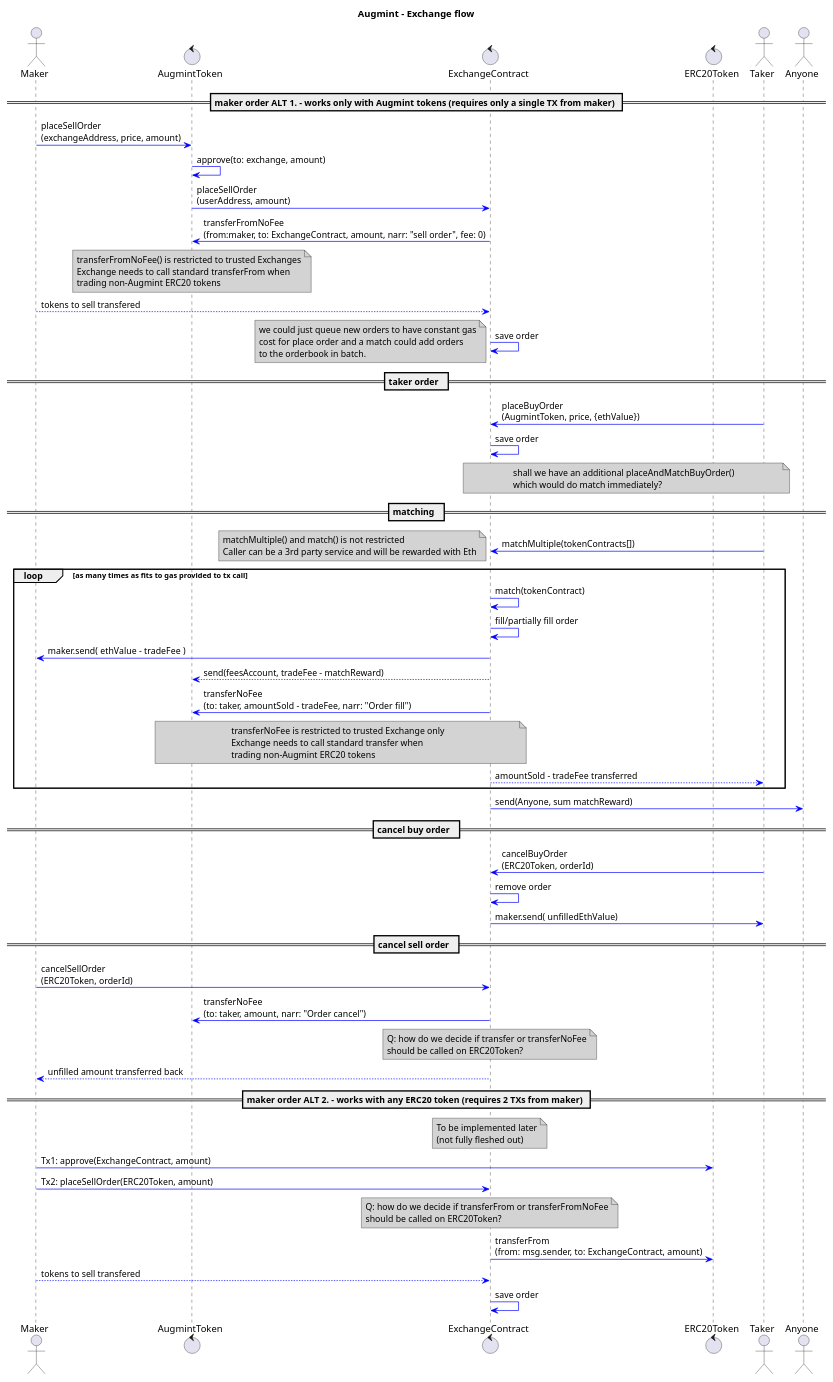
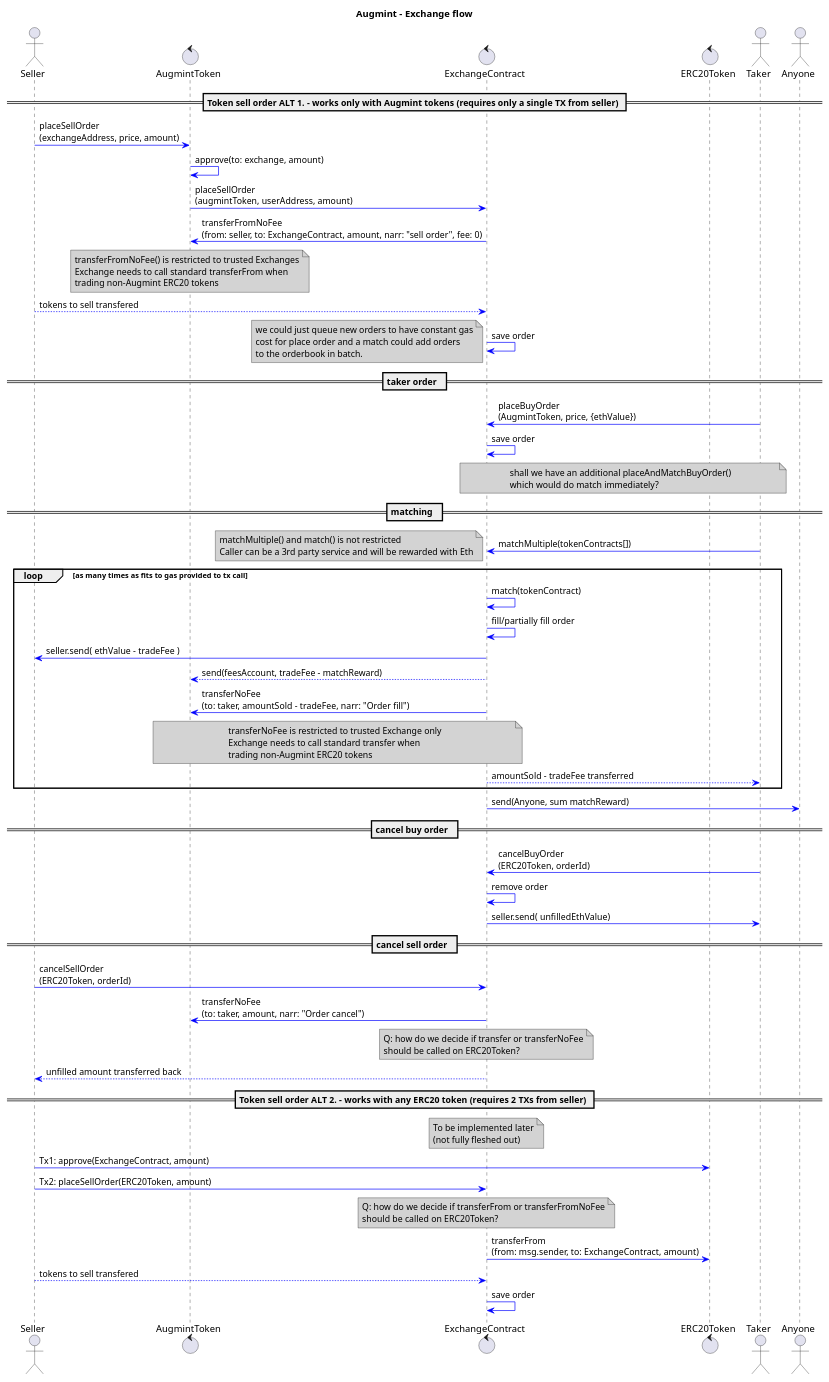
Before and after one commit to Augmint/augmint-web: the diagram in docs/exchangeFlow.plantuml, drawn with PlantUML. The commit also changed 3 other files, not shown here.

Commit message:
sequence diagram updates

```diff
--- a/docs/exchangeFlow.plantuml
+++ b/docs/exchangeFlow.plantuml
@@ -1,82 +1,82 @@
 @startuml
 title **Augmint** - Exchange flow
 skinparam ArrowColor #blue
 skinparam noteBackgroundColor #lightgrey
-actor Maker
+actor Seller
 control AugmintToken
 control ExchangeContract
 control ERC20Token
 actor Taker
 actor Anyone
-== maker order ALT 1. - works only with Augmint tokens (requires only a single TX from maker) ==
-Maker -> AugmintToken : placeSellOrder\n(exchangeAddress, price, amount)
+== Token sell order ALT 1. - works only with Augmint tokens (requires only a single TX from seller) ==
+Seller -> AugmintToken : placeSellOrder\n(exchangeAddress, price, amount)
 AugmintToken -> AugmintToken : approve(to: exchange, amount)
-AugmintToken -> ExchangeContract : placeSellOrder\n(userAddress, amount)
-ExchangeContract -> AugmintToken : transferFromNoFee\n(from:maker, to: ExchangeContract, amount, narr: "sell order", fee: 0)
+AugmintToken -> ExchangeContract : placeSellOrder\n(augmintToken, userAddress, amount)
+ExchangeContract -> AugmintToken : transferFromNoFee\n(from: seller, to: ExchangeContract, amount, narr: "sell order", fee: 0)
 note over AugmintToken
     transferFromNoFee() is restricted to trusted Exchanges
     Exchange needs to call standard transferFrom when
     trading non-Augmint ERC20 tokens
 end note
-Maker --> ExchangeContract : tokens to sell transfered
+Seller --> ExchangeContract : tokens to sell transfered
 ExchangeContract -> ExchangeContract : save order
 note left
     we could just queue new orders to have constant gas
     cost for place order and a match could add orders
     to the orderbook in batch.
 end note
 == taker order  ==
 Taker -> ExchangeContract : placeBuyOrder\n(AugmintToken, price, {ethValue})
 ExchangeContract -> ExchangeContract : save order
 note over ExchangeContract, Taker
     shall we have an additional placeAndMatchBuyOrder()
     which would do match immediately?
 end note
 == matching  ==
 Taker -> ExchangeContract : matchMultiple(tokenContracts[])
 note left
     matchMultiple() and match() is not restricted
     Caller can be a 3rd party service and will be rewarded with Eth
 end note
 loop as many times as fits to gas provided to tx call
     ExchangeContract -> ExchangeContract : match(tokenContract)
     ExchangeContract -> ExchangeContract : fill/partially fill order
-    ExchangeContract -> Maker : maker.send( ethValue - tradeFee )
+    ExchangeContract -> Seller : seller.send( ethValue - tradeFee )
     ExchangeContract --> AugmintToken : send(feesAccount, tradeFee - matchReward)
     ExchangeContract -> AugmintToken : transferNoFee\n(to: taker, amountSold - tradeFee, narr: "Order fill")
     note over AugmintToken, ExchangeContract
         transferNoFee is restricted to trusted Exchange only
         Exchange needs to call standard transfer when
         trading non-Augmint ERC20 tokens
     end note
     ExchangeContract --> Taker : amountSold - tradeFee transferred
 end
 ExchangeContract -> Anyone : send(Anyone, sum matchReward)
 == cancel buy order  ==
 Taker -> ExchangeContract : cancelBuyOrder\n(ERC20Token, orderId)
 ExchangeContract -> ExchangeContract : remove order
-ExchangeContract -> Taker : maker.send( unfilledEthValue)
+ExchangeContract -> Taker : seller.send( unfilledEthValue)
 == cancel sell order  ==
-Maker -> ExchangeContract : cancelSellOrder\n(ERC20Token, orderId)
+Seller -> ExchangeContract : cancelSellOrder\n(ERC20Token, orderId)
 ExchangeContract -> AugmintToken : transferNoFee\n(to: taker, amount, narr: "Order cancel")
 note over ExchangeContract
  Q: how do we decide if transfer or transferNoFee
  should be called on ERC20Token?
 end note
-ExchangeContract --> Maker : unfilled amount transferred back
-== maker order ALT 2. - works with any ERC20 token (requires 2 TXs from maker) ==
+ExchangeContract --> Seller : unfilled amount transferred back
+== Token sell order ALT 2. - works with any ERC20 token (requires 2 TXs from seller) ==
 note over ExchangeContract
     To be implemented later
     (not fully fleshed out)
 end note
-Maker -> ERC20Token : Tx1: approve(ExchangeContract, amount)
-Maker -> ExchangeContract : Tx2: placeSellOrder(ERC20Token, amount)
+Seller -> ERC20Token : Tx1: approve(ExchangeContract, amount)
+Seller -> ExchangeContract : Tx2: placeSellOrder(ERC20Token, amount)
 note over ExchangeContract
  Q: how do we decide if transferFrom or transferFromNoFee
  should be called on ERC20Token?
 end note
 ExchangeContract -> ERC20Token : transferFrom\n(from: msg.sender, to: ExchangeContract, amount)
-Maker --> ExchangeContract : tokens to sell transfered
+Seller --> ExchangeContract : tokens to sell transfered
 ExchangeContract -> ExchangeContract : save order
 
 @enduml
```
